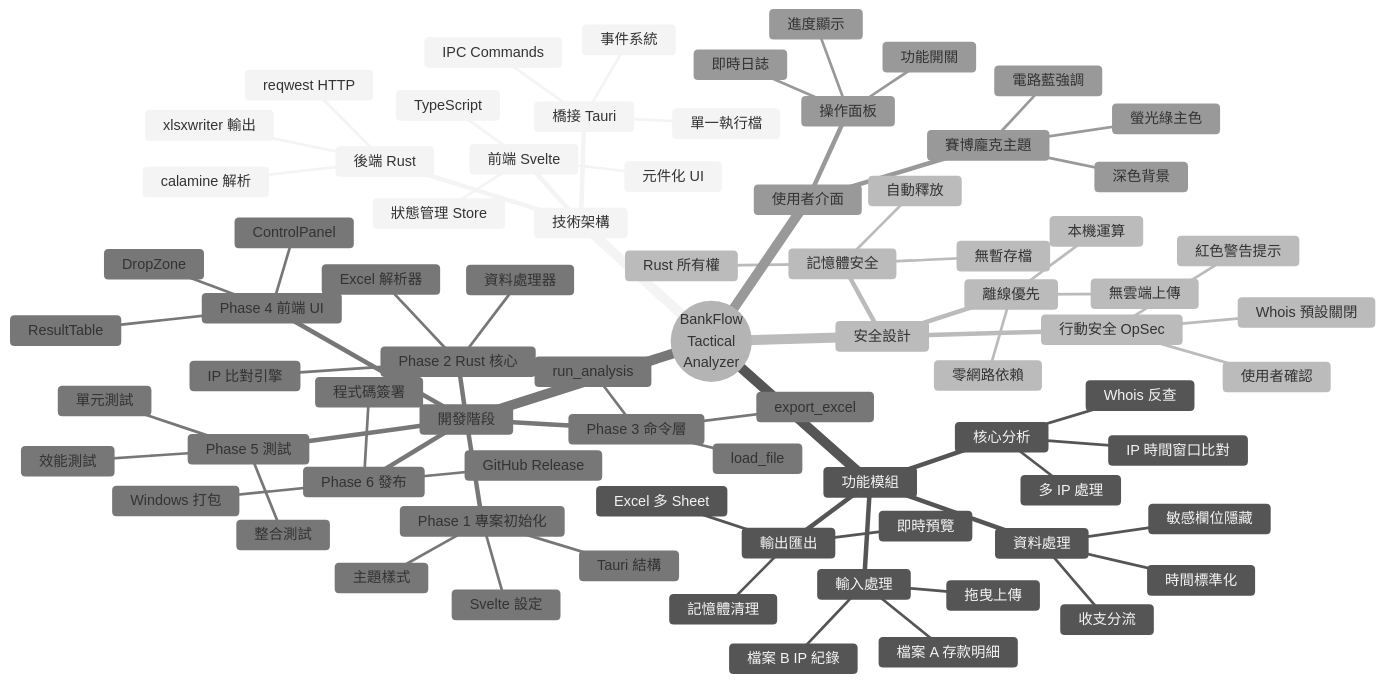
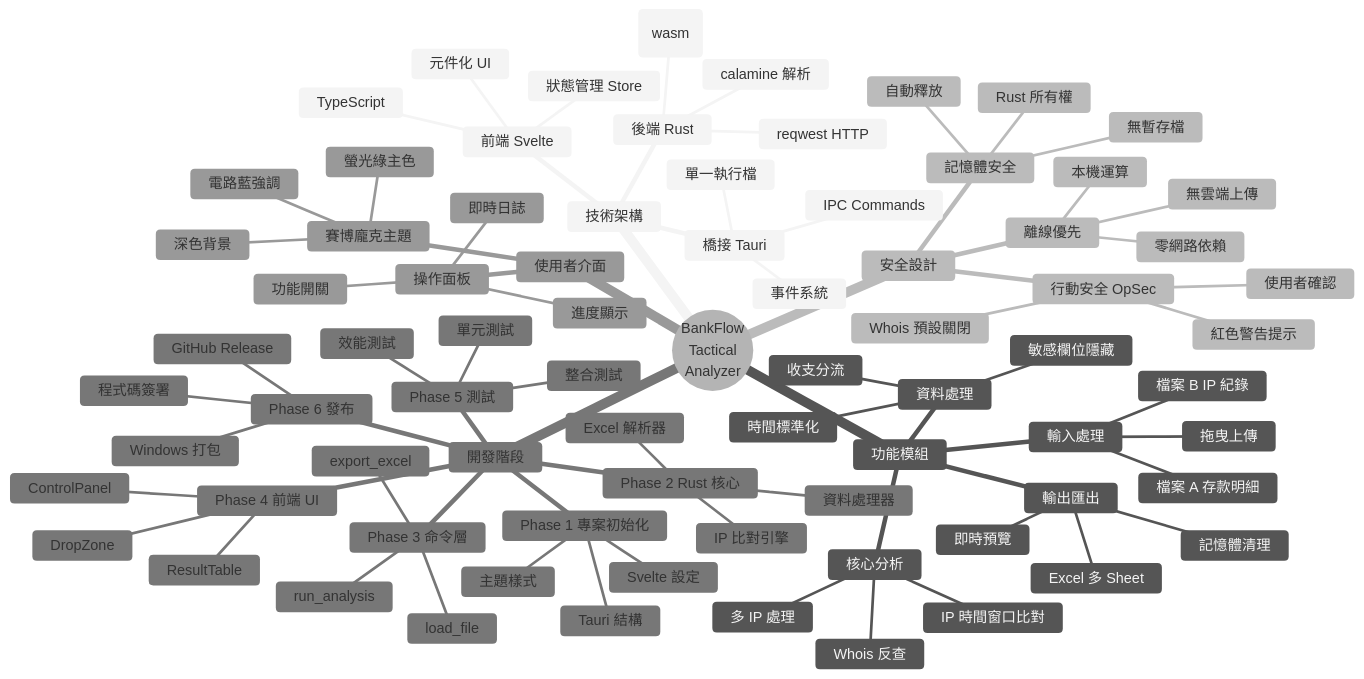
One commit to Birdman1972/BankFlow-Tactical-Analyzer changed the first of 4 diagrams in docs/PROJECT.md. Above: the diagram before and after it, drawn with Mermaid (neutral theme). The commit also changed other lines of this file and 8 other files, not shown here.

````diff
--- a/docs/PROJECT.md
+++ b/docs/PROJECT.md
@@ -67,81 +67,81 @@
 ```mermaid
 mindmap
   root((BankFlow<br/>Tactical<br/>Analyzer))
     技術架構
       前端 Svelte
         元件化 UI
         狀態管理 Store
         TypeScript
       橋接 Tauri
         IPC Commands
         事件系統
         單一執行檔
       後端 Rust
         calamine 解析
-        xlsxwriter 輸出
+        rust_xlsxwriter 輸出 (wasm)
         reqwest HTTP
     功能模組
       輸入處理
         檔案 A 存款明細
         檔案 B IP 紀錄
         拖曳上傳
       資料處理
         敏感欄位隱藏
         收支分流
         時間標準化
       核心分析
         IP 時間窗口比對
         Whois 反查
         多 IP 處理
       輸出匯出
         Excel 多 Sheet
         即時預覽
         記憶體清理
     安全設計
       離線優先
         本機運算
         無雲端上傳
         零網路依賴
       記憶體安全
         Rust 所有權
         自動釋放
         無暫存檔
       行動安全 OpSec
         Whois 預設關閉
         紅色警告提示
         使用者確認
     開發階段
       Phase 1 專案初始化
         Tauri 結構
         Svelte 設定
         主題樣式
       Phase 2 Rust 核心
         Excel 解析器
         IP 比對引擎
         資料處理器
       Phase 3 命令層
         load_file
         run_analysis
         export_excel
       Phase 4 前端 UI
         DropZone
         ControlPanel
         ResultTable
       Phase 5 測試
         單元測試
         整合測試
         效能測試
       Phase 6 發布
         Windows 打包
         程式碼簽署
         GitHub Release
     使用者介面
       賽博龐克主題
         深色背景
         螢光綠主色
         電路藍強調
       操作面板
         功能開關
         即時日誌
         進度顯示
 ```
````
